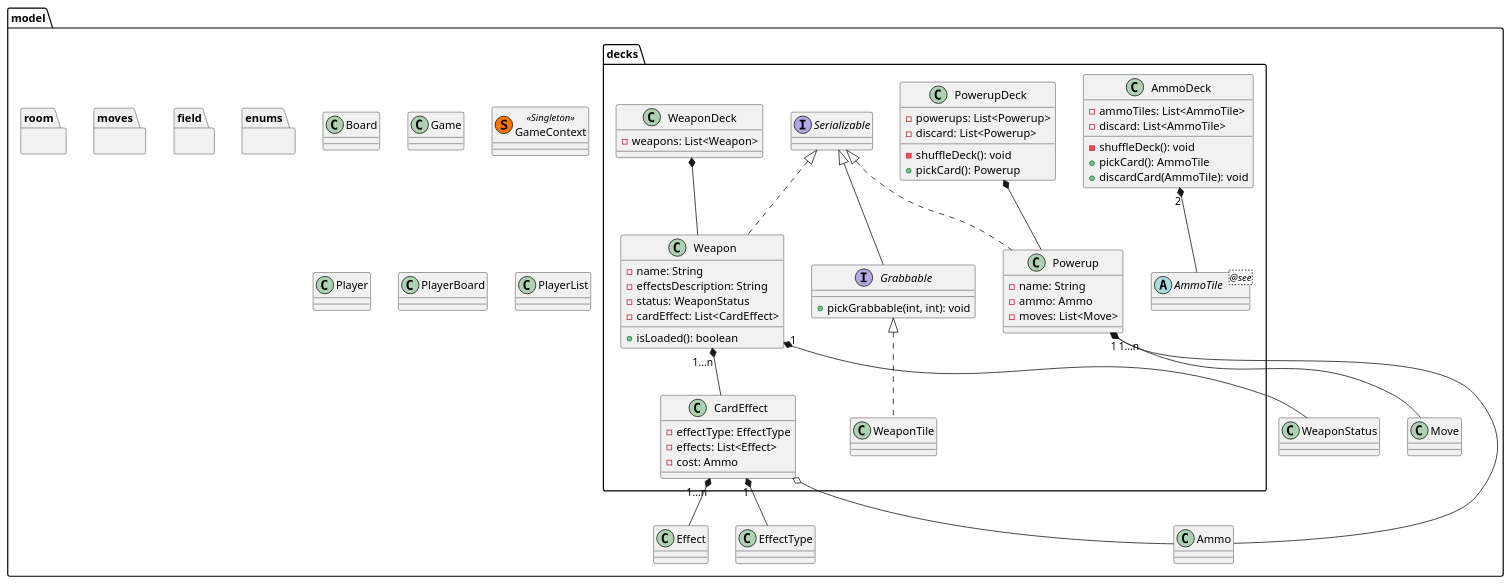
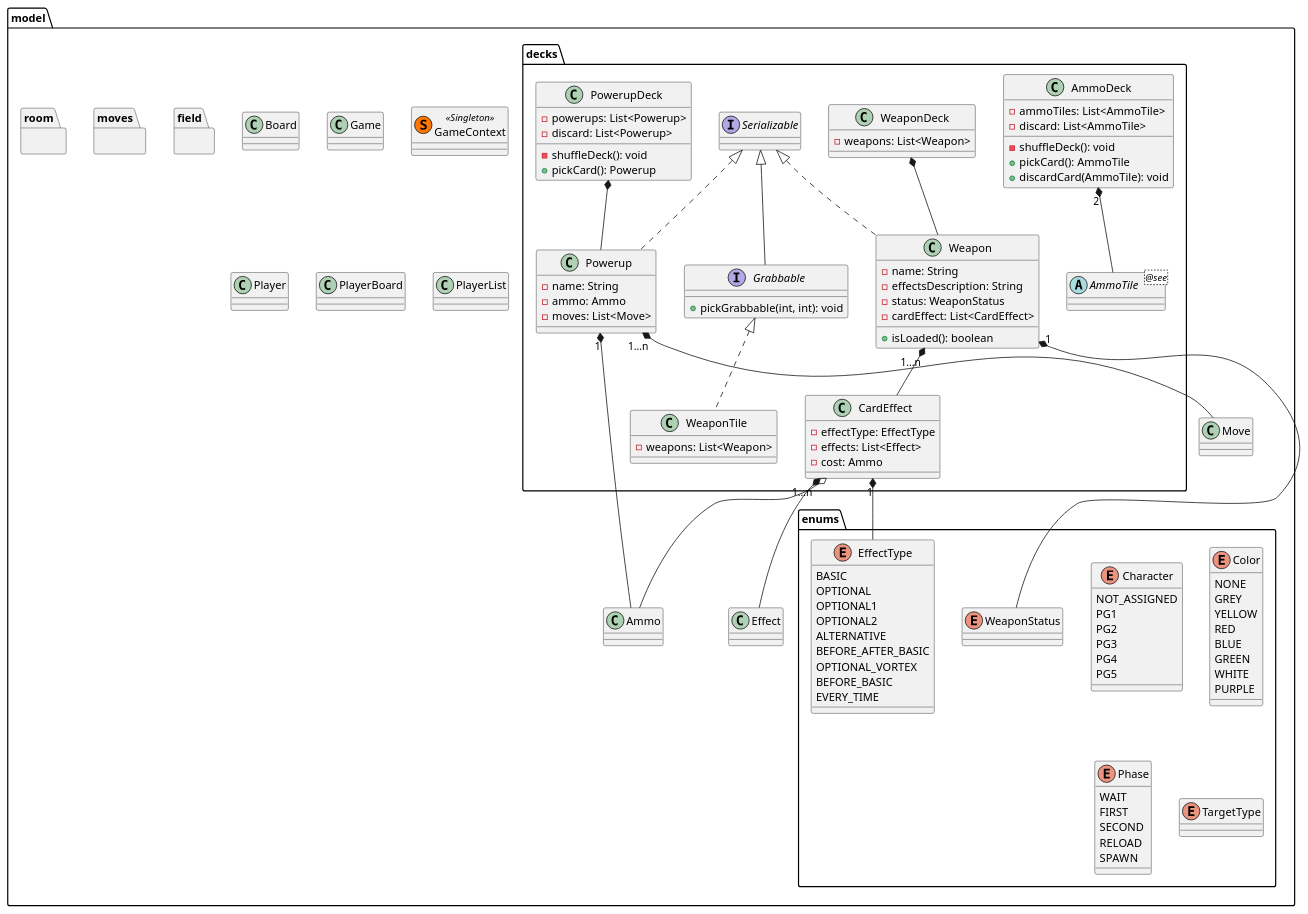
The diagram in utility/final/MVCGeneralUML.puml (elenasl96/ing-sw-2019-6), drawn with PlantUML before and after one commit.

```diff
--- a/utility/final/MVCGeneralUML.puml
+++ b/utility/final/MVCGeneralUML.puml
@@ -1,115 +1,154 @@
 @startuml
 package model{
     package decks{
         class AmmoDeck{
             - ammoTiles: List<AmmoTile>
             - discard: List<AmmoTile>
             __
             - shuffleDeck(): void
             + pickCard(): AmmoTile
             + discardCard(AmmoTile): void
         }
 
         abstract class AmmoTile <@see>
 
         class CardEffect{
             - effectType: EffectType
             - effects: List<Effect>
             - cost: Ammo
         }
 
         interface Grabbable extends Serializable{
             + pickGrabbable(int, int): void
         }
 
         class Powerup implements Serializable{
             - name: String
             - ammo: Ammo
             - moves: List<Move>
         }
 
         class PowerupDeck{
             - powerups: List<Powerup>
             - discard: List<Powerup>
             __
             - shuffleDeck(): void
             + pickCard(): Powerup
         }
 
         class Weapon implements Serializable{
             - name: String
             - effectsDescription: String
             - status: WeaponStatus
             - cardEffect: List<CardEffect>
             __
             + isLoaded(): boolean
         }
 
         class WeaponDeck{
             - weapons: List<Weapon>
         }
 
         class WeaponTile implements Grabbable{
-
+            - weapons: List<Weapon>
         }
 
         AmmoDeck "2" *-- AmmoTile
         PowerupDeck *-- Powerup
         WeaponDeck *-- Weapon
     }
 
     package enums{
-
+        enum Character{
+            NOT_ASSIGNED
+            PG1
+            PG2
+            PG3
+            PG4
+            PG5
+        }
+        enum Color{
+            NONE
+            GREY
+            YELLOW
+            RED
+            BLUE
+            GREEN
+            WHITE
+            PURPLE
+        }
+        enum EffectType {
+            BASIC
+            OPTIONAL
+            OPTIONAL1
+            OPTIONAL2
+            ALTERNATIVE
+            BEFORE_AFTER_BASIC
+            OPTIONAL_VORTEX
+            BEFORE_BASIC
+            EVERY_TIME
+        }
+        enum Phase{
+            WAIT
+            FIRST
+            SECOND
+            RELOAD
+            SPAWN
+        }
+        enum TargetType{
+        
+        }
+        enum WeaponStatus
     }
 
     package field{
 
     }
 
     package moves{
 
     }
 
     package room{
 
     }
 
     class Ammo{
 
     }
 
     class Board{
 
     }
 
     class Game{
 
     }
 
     class GameContext  << (S,#FF7700) Singleton >> {
 
     }
 
     class Player {
 
     }
 
     class PlayerBoard{
 
     }
 
     class PlayerList {
 
     }
 
     CardEffect "1" *-- EffectType
     CardEffect "1...n" *-- Effect
     CardEffect o-- Ammo
 
     Powerup "1" *-- Ammo
     Powerup "1...n" *-- Move
 
     Weapon "1" *-- WeaponStatus
     Weapon "1...n" *-- CardEffect
 }
 @enduml
```
